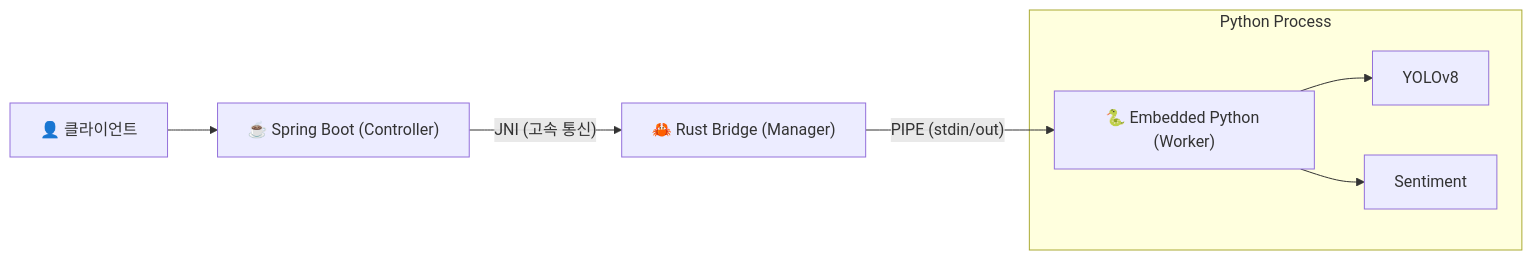
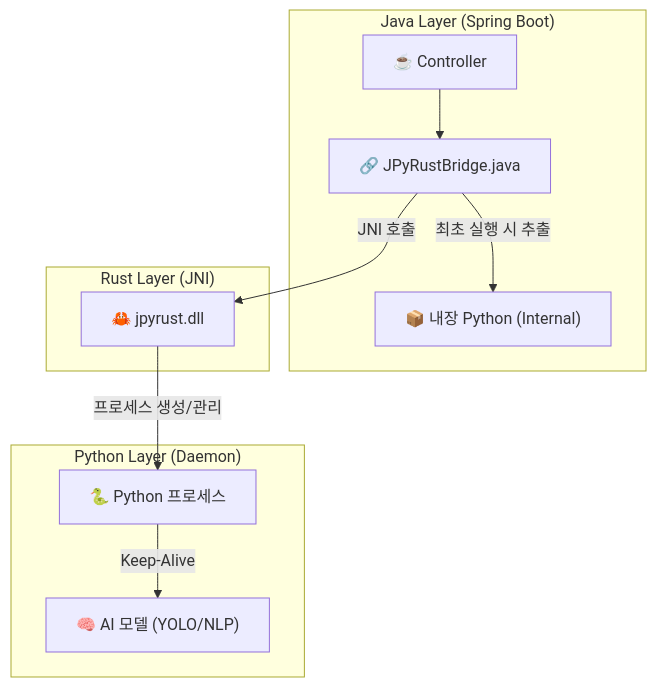
One commit to farmer0010/JPyRust changed the diagram in README_KR.md. Above: the diagram before and after it, drawn with Mermaid. The commit also changed other lines of this file and 1 other file, not shown here.

Commit message:
Docs: Update README with accurate Embedded Python & project structure details

````diff
--- a/README_KR.md
+++ b/README_KR.md
@@ -47,11 +47,23 @@
 ```mermaid
-graph LR
-    User["👤 클라이언트"] --> Boot["☕ Spring Boot (Controller)"]
-    Boot -- "JNI (고속 통신)" --> Rust["🦀 Rust Bridge (Manager)"]
-    Rust -- "PIPE (stdin/out)" --> Python["🐍 Embedded Python (Worker)"]
-    
-    subgraph "Python Process"
-        Python --> Model1["YOLOv8"]
-        Python --> Model2["Sentiment"]
+graph TD
+    subgraph "Java Layer (Spring Boot)"
+        Controller["☕ Controller"]
+        JavaBridge["🔗 JPyRustBridge.java"]
+        Dist["📦 내장 Python (Internal)"]
     end
+
+    subgraph "Rust Layer (JNI)"
+        RustBridge["🦀 jpyrust.dll"]
+    end
+
+    subgraph "Python Layer (Daemon)"
+        Daemon["🐍 Python 프로세스"]
+        Models["🧠 AI 모델 (YOLO/NLP)"]
+    end
+
+    Controller --> JavaBridge
+    JavaBridge -- "최초 실행 시 추출" --> Dist
+    JavaBridge -- "JNI 호출" --> RustBridge
+    RustBridge -- "프로세스 생성/관리" --> Daemon
+    Daemon -- "Keep-Alive" --> Models
 ```
````
